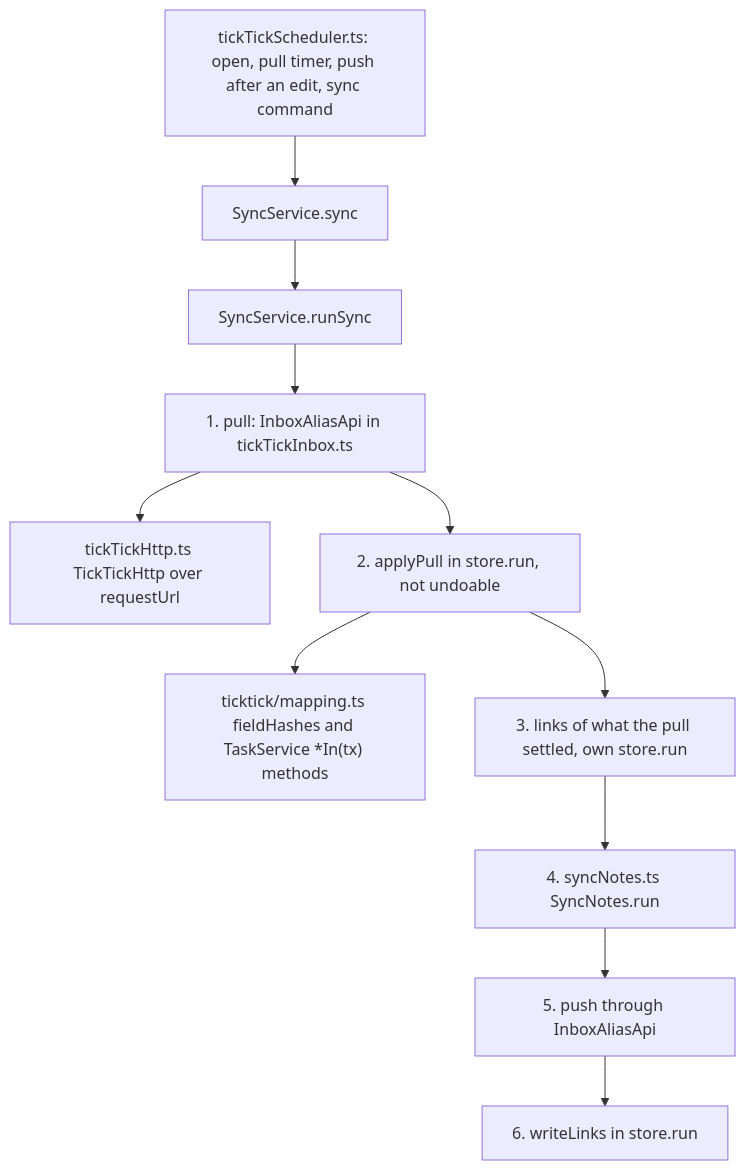
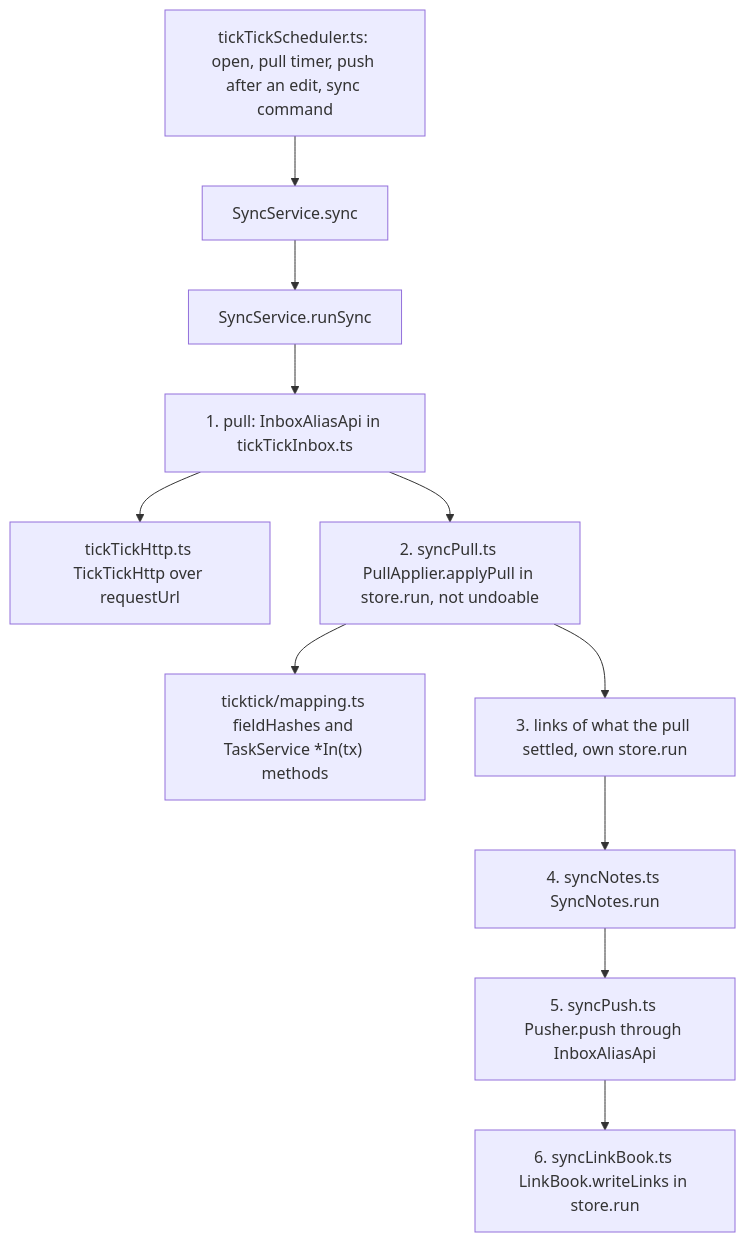
One commit to MHElnour/logwell changed the fourth of 4 diagrams in docs/development/architecture.md. Above: the diagram before and after it, drawn with Mermaid. The commit also changed other lines of this file and 300 other files, not shown here.

````diff
--- a/docs/development/architecture.md
+++ b/docs/development/architecture.md
@@ -123,13 +123,13 @@
 ```mermaid
 flowchart TD
   A["tickTickScheduler.ts: open, pull timer, push after an edit, sync command"] --> B[SyncService.sync]
   B --> C[SyncService.runSync]
   C --> D["1. pull: InboxAliasApi in tickTickInbox.ts"]
   D --> E["tickTickHttp.ts TickTickHttp over requestUrl"]
-  D --> F["2. applyPull in store.run, not undoable"]
+  D --> F["2. syncPull.ts PullApplier.applyPull in store.run, not undoable"]
   F --> G["ticktick/mapping.ts fieldHashes and TaskService *In(tx) methods"]
   F --> H["3. links of what the pull settled, own store.run"]
   H --> I["4. syncNotes.ts SyncNotes.run"]
-  I --> J["5. push through InboxAliasApi"]
-  J --> K["6. writeLinks in store.run"]
+  I --> J["5. syncPush.ts Pusher.push through InboxAliasApi"]
+  J --> K["6. syncLinkBook.ts LinkBook.writeLinks in store.run"]
 ```
````
